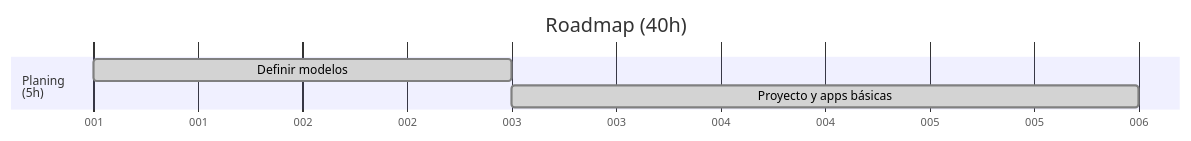
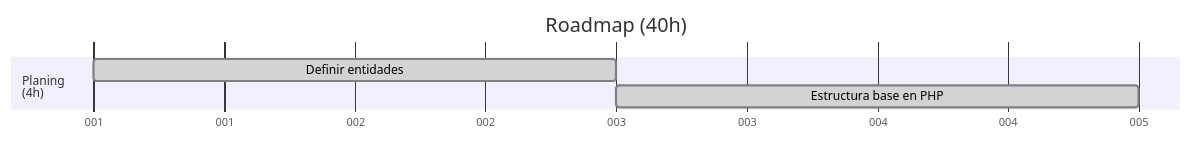
One commit to Covija97/badentracker changed the first of 9 diagrams in .md/roadmap.md. Above: the diagram before and after it, drawn with Mermaid. The commit also changed other lines of this file, not shown here.

Commit message:
Refactor roadmap.md to update project planning, database design, and CRUD sections

````diff
--- a/.md/roadmap.md
+++ b/.md/roadmap.md
@@ -12,10 +11,10 @@
 ```mermaid
 gantt
     title Roadmap (40h)
     dateFormat  DDD
     axisFormat %j
 
-    section Planing<br>(5h)
-    Definir modelos             :done, 01-01, 2d
-    Proyecto y apps básicas     :done, 01-03, 3d
+    section Planing<br>(4h)
+    Definir entidades           :done, 01-01, 2d
+    Estructura base en PHP      :done, 01-03, 2d
 ```
````
